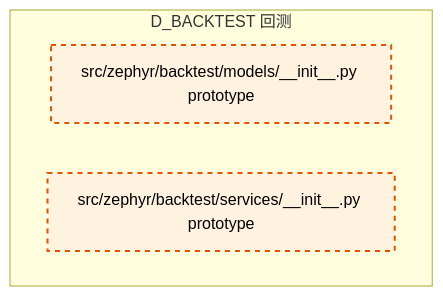
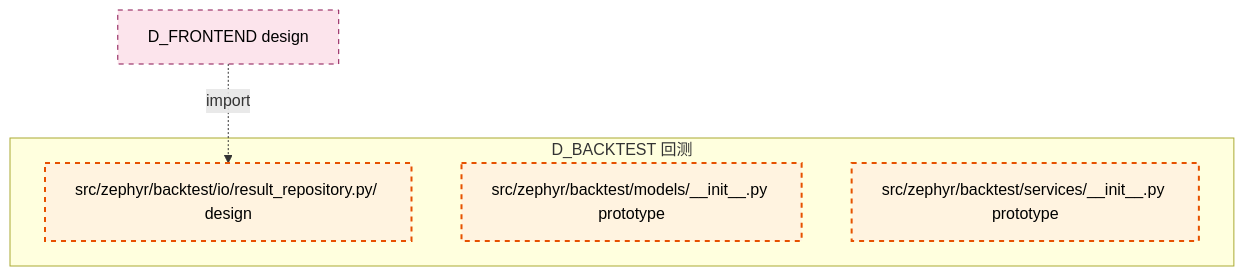
Before and after one commit to xuanFelixVan/ZephyrAlpha: the second of 2 diagrams in docs/02_enterprise_architecture/02_domain_architecture_docs/23_d_backtest.md, drawn with Mermaid. The commit also changed other lines of this file and 99 other files, not shown here.

````diff
--- a/docs/02_enterprise_architecture/02_domain_architecture_docs/23_d_backtest.md
+++ b/docs/02_enterprise_architecture/02_domain_architecture_docs/23_d_backtest.md
@@ -162,12 +164,16 @@
 ```mermaid
 graph TD
     subgraph D_BACKTEST["D_BACKTEST 回测"]
+        src_zephyr_backtest_io_result_repository_py["src/zephyr/backtest/io/result_repository.py/ design"]
         src_zephyr_backtest_models_init_py["src/zephyr/backtest/models/__init__.py prototype"]
         src_zephyr_backtest_services_init_py["src/zephyr/backtest/services/__init__.py prototype"]
     end
+    D_FRONTEND["D_FRONTEND design"]
+    D_FRONTEND -.->|import| src_zephyr_backtest_io_result_repository_py
     classDef production fill:#e1f5fe,stroke:#01579b,stroke-width:2px,color:#000
     classDef design fill:#fff3e0,stroke:#e65100,stroke-width:2px,color:#000,stroke-dasharray: 5 5
     classDef external_prod fill:#e8f5e9,stroke:#1b5e20,stroke-width:1px,color:#000
     classDef external_design fill:#fce4ec,stroke:#880e4f,stroke-width:1px,color:#000,stroke-dasharray: 5 5
-    class src_zephyr_backtest_models_init_py,src_zephyr_backtest_services_init_py design
+    class src_zephyr_backtest_io_result_repository_py,src_zephyr_backtest_models_init_py,src_zephyr_backtest_services_init_py design
+    class D_FRONTEND external_design
 ```
````
